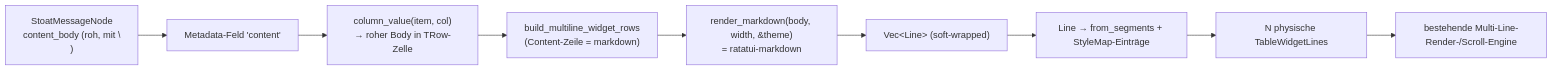
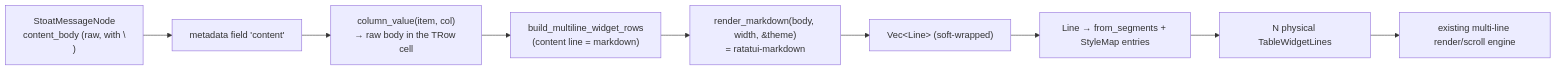
Before and after one commit to bschnitz/not-yet-done: the diagram in docs/plan-markdown-render.md, drawn with Mermaid. The commit also changed other lines of this file and 1 other file, not shown here.

First line of the commit message:
docs: translate the editor-profiles and markdown-render plans to English

````diff
--- a/docs/plan-markdown-render.md
+++ b/docs/plan-markdown-render.md
@@ -38,11 +37,11 @@
 ```mermaid
 flowchart LR
-    A["StoatMessageNode<br/>content_body (roh, mit \\n)"] --> B["Metadata-Feld 'content'"]
-    B --> C["column_value(item, col)<br/>→ roher Body in TRow-Zelle"]
-    C --> D["build_multiline_widget_rows<br/>(Content-Zeile = markdown)"]
+    A["StoatMessageNode<br/>content_body (raw, with \\n)"] --> B["metadata field 'content'"]
+    B --> C["column_value(item, col)<br/>→ raw body in the TRow cell"]
+    C --> D["build_multiline_widget_rows<br/>(content line = markdown)"]
     D --> E["render_markdown(body, width, &theme)<br/>= ratatui-markdown"]
     E --> F["Vec&lt;Line&gt; (soft-wrapped)"]
-    F --> G["Line → from_segments + StyleMap-Einträge"]
-    G --> H["N physische TableWidgetLines"]
-    H --> I["bestehende Multi-Line-Render-/Scroll-Engine"]
+    F --> G["Line → from_segments + StyleMap entries"]
+    G --> H["N physical TableWidgetLines"]
+    H --> I["existing multi-line render/scroll engine"]
 ```
````
